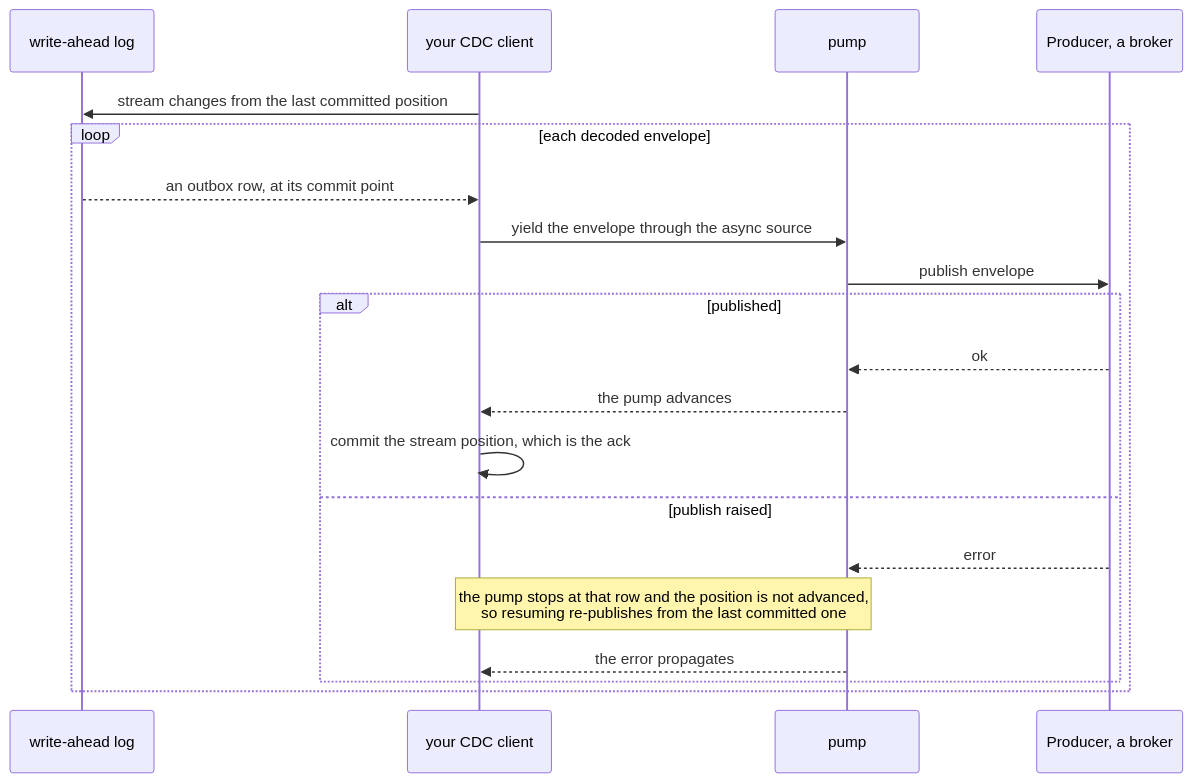
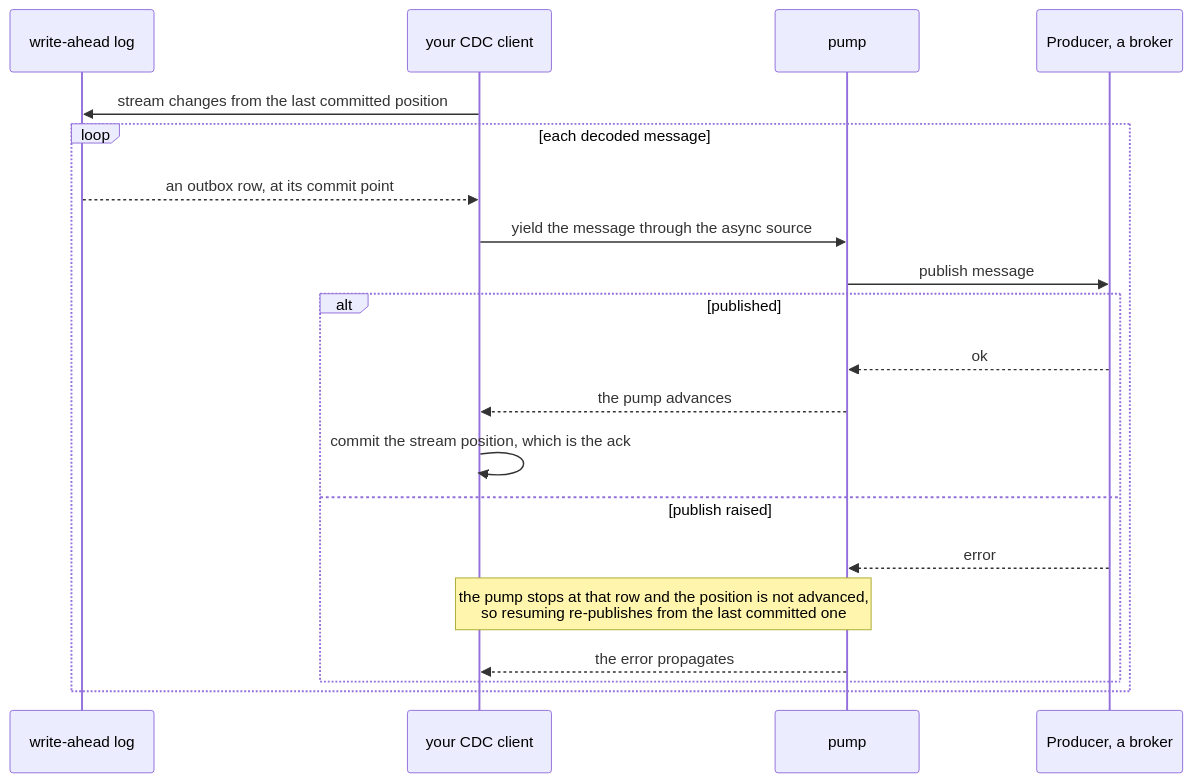
The fifth of 5 diagrams in docs/sdk/outbox.md (haskian/edax), drawn with Mermaid before and after one commit. The commit also changed other lines of this file and 175 other files, not shown here.

````diff
--- a/docs/sdk/outbox.md
+++ b/docs/sdk/outbox.md
@@ -260,23 +272,23 @@
 ```mermaid
 sequenceDiagram
     participant W as write-ahead log
     participant C as your CDC client
     participant PU as pump
     participant P as Producer, a broker
 
     C->>W: stream changes from the last committed position
-    loop each decoded envelope
+    loop each decoded message
         W-->>C: an outbox row, at its commit point
-        C->>PU: yield the envelope through the async source
-        PU->>P: publish envelope
+        C->>PU: yield the message through the async source
+        PU->>P: publish message
         alt published
             P-->>PU: ok
             PU-->>C: the pump advances
             C->>C: commit the stream position, which is the ack
         else publish raised
             P-->>PU: error
             Note over PU,C: the pump stops at that row and the position is not advanced,<br/>so resuming re-publishes from the last committed one
             PU-->>C: the error propagates
         end
     end
 ```
````
